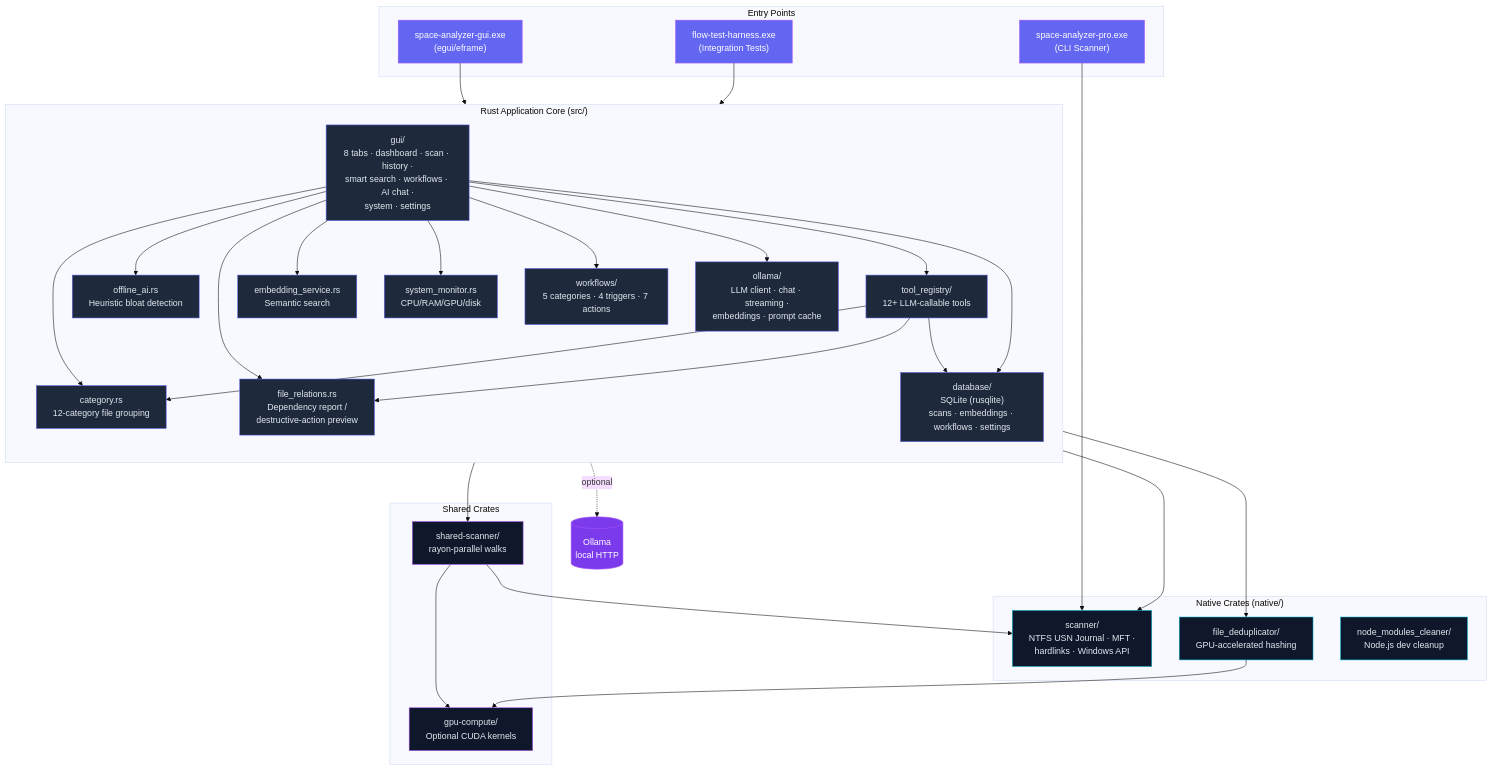
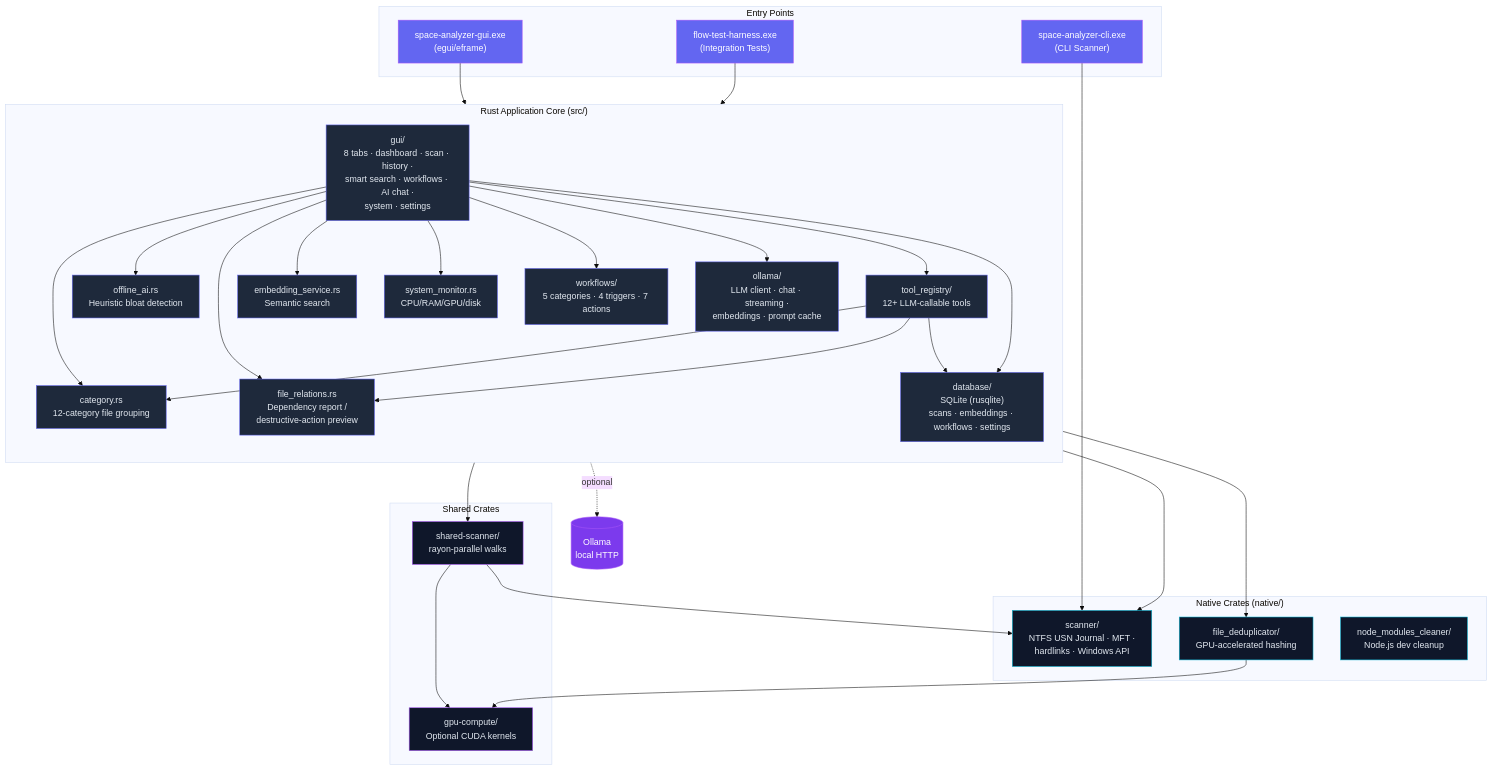
Before and after one commit to ogneocortext/space-analyzer-pro: the diagram in assets/diagrams/architecture.md, drawn with Mermaid (base theme). The commit also changed 52 other files, not shown here.

````diff
--- a/assets/diagrams/architecture.md
+++ b/assets/diagrams/architecture.md
@@ -1,68 +1,68 @@
 ```mermaid
 graph TB
     subgraph Entry["Entry Points"]
         GUI["space-analyzer-gui.exe<br/>(egui/eframe)"]
-        CLI["space-analyzer-pro.exe<br/>(CLI Scanner)"]
+        CLI["space-analyzer-cli.exe<br/>(CLI Scanner)"]
         FTH["flow-test-harness.exe<br/>(Integration Tests)"]
     end
 
     subgraph App["Rust Application Core (src/)"]
         direction TB
         Gui["gui/<br/>8 tabs · dashboard · scan · history ·<br/>smart search · workflows · AI chat ·<br/>system · settings"]
         Ollama["ollama/<br/>LLM client · chat · streaming ·<br/>embeddings · prompt cache"]
         DB["database/<br/>SQLite (rusqlite)<br/>scans · embeddings · workflows · settings"]
         WF["workflows/<br/>5 categories · 4 triggers · 7 actions"]
         TR["tool_registry/<br/>12+ LLM-callable tools"]
         Cat["category.rs<br/>12-category file grouping"]
         OAI["offline_ai.rs<br/>Heuristic bloat detection"]
         FR["file_relations.rs<br/>Dependency report /<br/>destructive-action preview"]
         SM["system_monitor.rs<br/>CPU/RAM/GPU/disk"]
         ES["embedding_service.rs<br/>Semantic search"]
     end
 
     subgraph Native["Native Crates (native/)"]
         Scanner["scanner/<br/>NTFS USN Journal · MFT ·<br/>hardlinks · Windows API"]
         Dedup["file_deduplicator/<br/>GPU-accelerated hashing"]
         NMC["node_modules_cleaner/<br/>Node.js dev cleanup"]
     end
 
     subgraph Shared["Shared Crates"]
         SS["shared-scanner/<br/>rayon-parallel walks"]
         GPU["gpu-compute/<br/>Optional CUDA kernels"]
     end
 
     GUI --> Gui
     CLI --> Scanner
     FTH --> Gui
     Gui --> Cat
     Gui --> OAI
     Gui --> FR
     Gui --> ES
     Gui --> SM
     Gui --> WF
     Gui --> Ollama
     Gui --> TR
     Gui --> DB
     Ollama -.optional.-> OllamaExt[(Ollama<br/>local HTTP)]
     TR --> Cat
     TR --> FR
     TR --> SS
     TR --> DB
     WF --> Scanner
     WF --> Dedup
     SS --> GPU
     SS --> Scanner
     Dedup --> GPU
 
     classDef entry fill:#6366f1,stroke:#a855f7,color:#fff
     classDef app fill:#1e293b,stroke:#6366f1,color:#e2e8f0
     classDef native fill:#0f172a,stroke:#06b6d4,color:#e2e8f0
     classDef shared fill:#0f172a,stroke:#a855f7,color:#e2e8f0
     classDef ext fill:#7c3aed,stroke:#a855f7,color:#fff
 
     class GUI,CLI,FTH entry
     class Gui,Ollama,DB,WF,TR,Cat,OAI,FR,SM,ES app
     class Scanner,Dedup,NMC native
     class SS,GPU shared
     class OllamaExt ext
 ```
````
